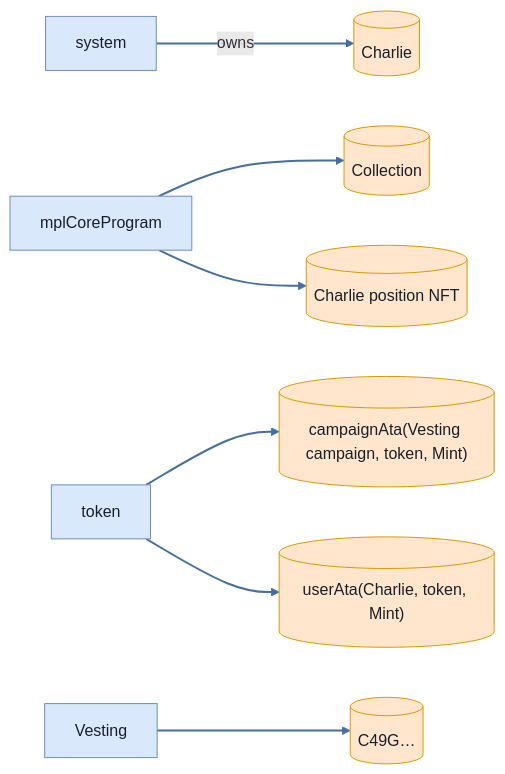
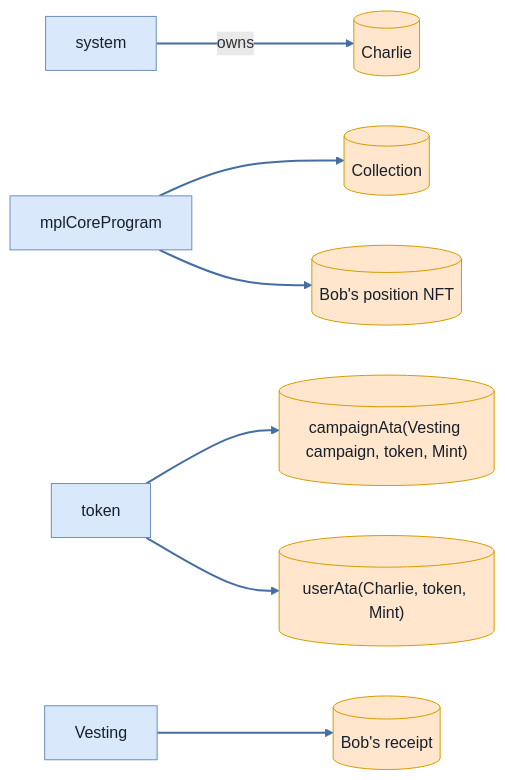
Before and after one commit to cds-turbin3/vesting-position: diagram 27 of 36 in babelfish-tests/test-report/full_lifecycle.md, drawn with Mermaid. The commit also changed other lines of this file and 104 other files, not shown here.

````diff
--- a/babelfish-tests/test-report/full_lifecycle.md
+++ b/babelfish-tests/test-report/full_lifecycle.md
@@ -1140,23 +1140,23 @@
 ```mermaid
 flowchart LR
     system["system"]:::program
     Charlie[("Charlie")]:::state
     mplCoreProgram["mplCoreProgram"]:::program
     Collection[("Collection")]:::state
     token["token"]:::program
     campaignAtaVestingcampaigntokenMint[("campaignAta(Vesting campaign, token, Mint)")]:::state
     userAtaCharlietokenMint[("userAta(Charlie, token, Mint)")]:::state
-    CharliepositionNFT[("Charlie position NFT")]:::state
+    BobspositionNFT[("Bob's position NFT")]:::state
     Vesting["Vesting"]:::program
-    C49G[("C49G…")]:::state
+    Bobsreceipt[("Bob's receipt")]:::state
     system -->|owns| Charlie
     mplCoreProgram --> Collection
     token --> campaignAtaVestingcampaigntokenMint
     token --> userAtaCharlietokenMint
-    mplCoreProgram --> CharliepositionNFT
-    Vesting --> C49G
+    mplCoreProgram --> BobspositionNFT
+    Vesting --> Bobsreceipt
     classDef program fill:#dae8fc,stroke:#6c8ebf,color:#17202a;
     classDef signer fill:#d5e8d4,stroke:#82b366,color:#17202a;
     classDef state fill:#ffe6cc,stroke:#d79b00,color:#17202a;
     linkStyle 0,1,2,3,4,5 stroke:#456ea1,stroke-width:2px
 ```
````
